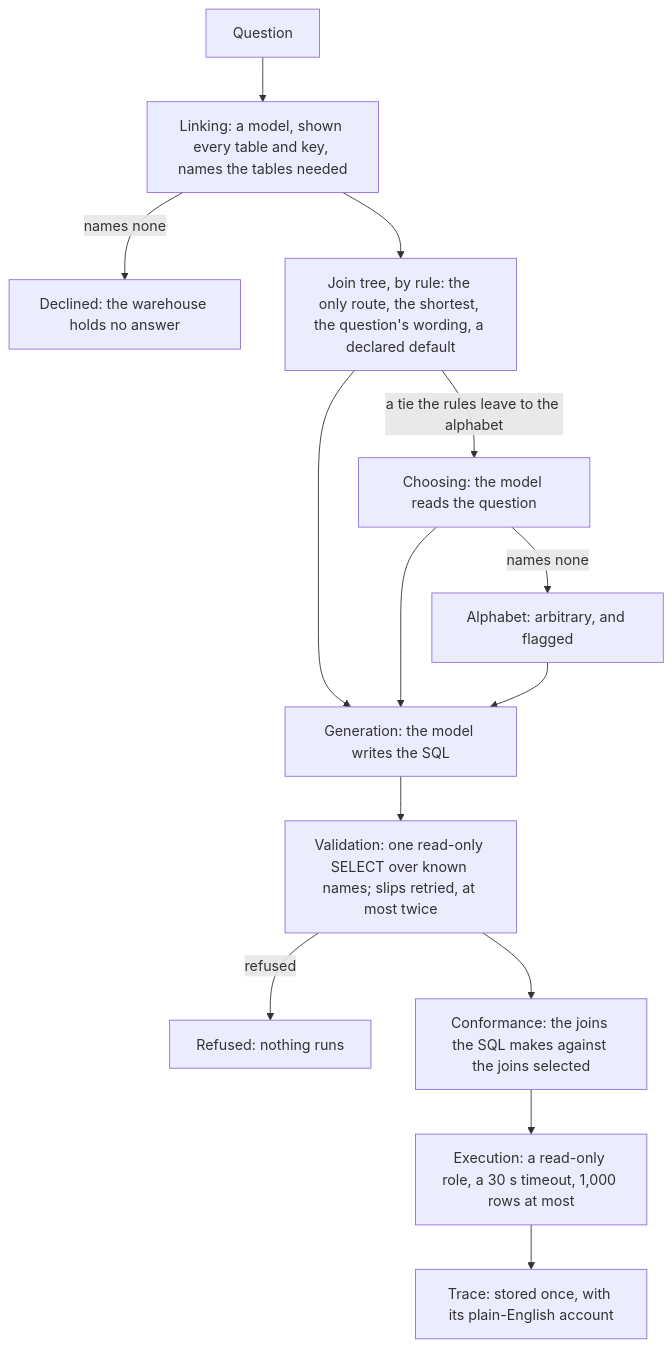
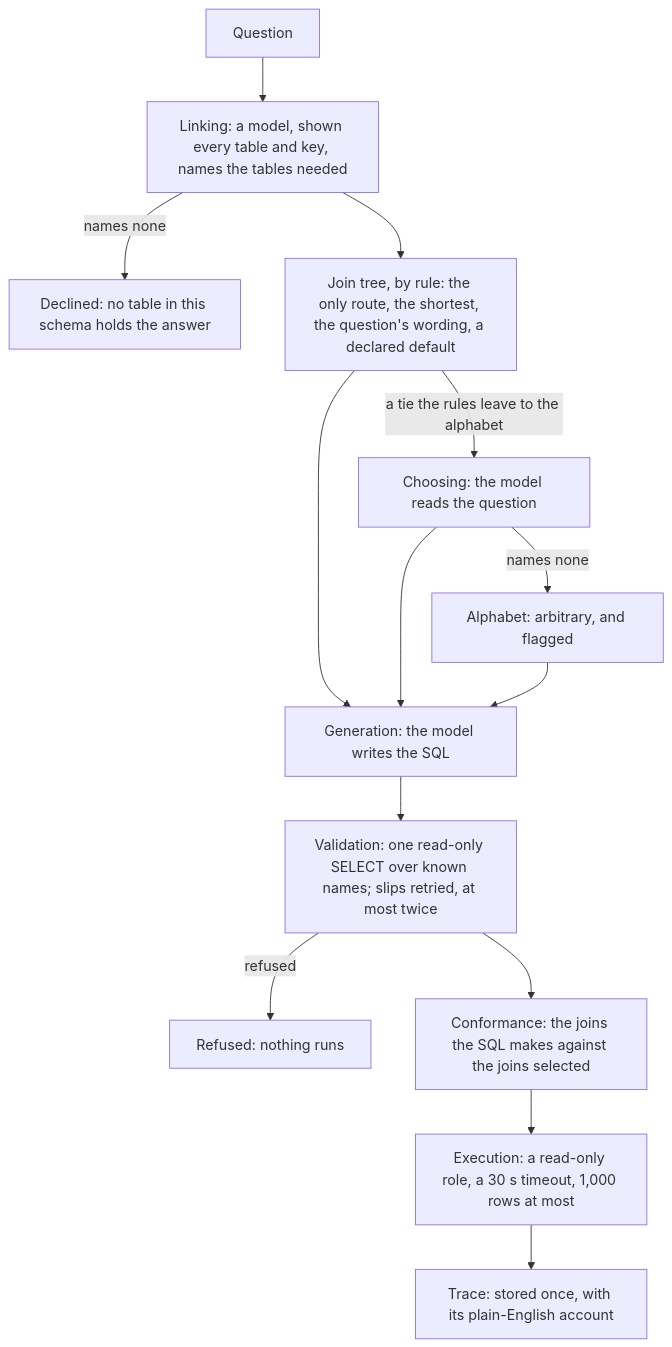
Before and after one commit to Jagath30/cartograph: the diagram in README.md, drawn with Mermaid. The commit also changed other lines of this file and 2 other files, not shown here.

````diff
--- a/README.md
+++ b/README.md
@@ -17,16 +21,16 @@
 ```mermaid
 flowchart TD
   Q["Question"] --> L["Linking: a model, shown every table and key, names the tables needed"]
-  L -->|names none| LD["Declined: the warehouse holds no answer"]
+  L -->|names none| LD["Declined: no table in this schema holds the answer"]
   L --> T["Join tree, by rule: the only route, the shortest, the question's wording, a declared default"]
   T -->|a tie the rules leave to the alphabet| C["Choosing: the model reads the question"]
   C -->|names none| A["Alphabet: arbitrary, and flagged"]
   T --> G["Generation: the model writes the SQL"]
   C --> G
   A --> G
   G --> V["Validation: one read-only SELECT over known names; slips retried, at most twice"]
   V -->|refused| VD["Refused: nothing runs"]
   V --> K["Conformance: the joins the SQL makes against the joins selected"]
   K --> X["Execution: a read-only role, a 30 s timeout, 1,000 rows at most"]
   X --> R["Trace: stored once, with its plain-English account"]
 ```
````
